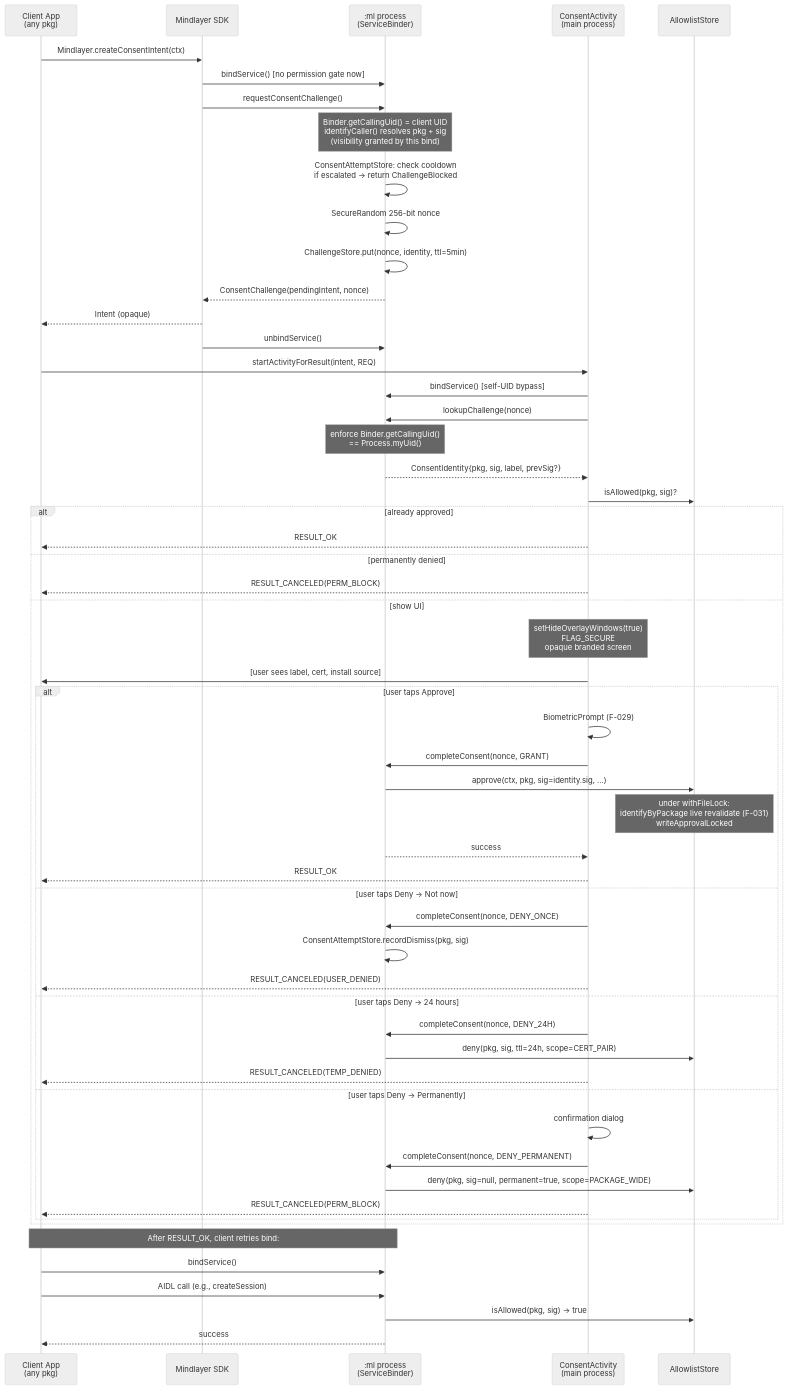
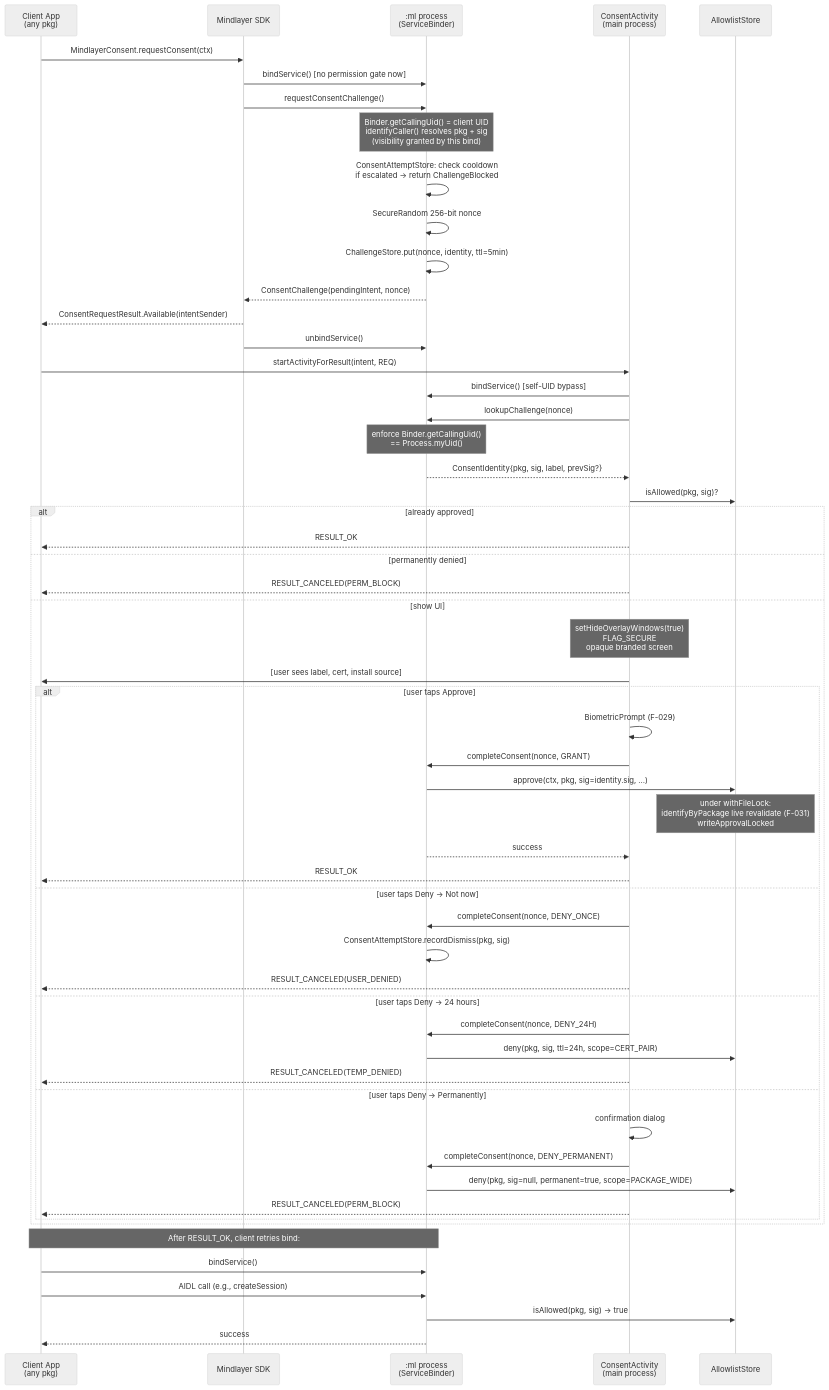
The diagram in docs/CONSENT_ARCHITECTURE.md (adsamcik/Mindlayer), drawn with Mermaid (neutral theme) before and after one commit. The commit also changed other lines of this file and 14 other files, not shown here.

````diff
--- a/docs/CONSENT_ARCHITECTURE.md
+++ b/docs/CONSENT_ARCHITECTURE.md
@@ -282,61 +295,61 @@
 ```mermaid
 sequenceDiagram
     participant Client as Client App<br/>(any pkg)
     participant SDK as Mindlayer SDK
     participant ML as :ml process<br/>(ServiceBinder)
     participant Activity as ConsentActivity<br/>(main process)
     participant Store as AllowlistStore
 
-    Client->>SDK: Mindlayer.createConsentIntent(ctx)
+    Client->>SDK: MindlayerConsent.requestConsent(ctx)
     SDK->>ML: bindService() [no permission gate now]
     SDK->>ML: requestConsentChallenge()
     Note over ML: Binder.getCallingUid() = client UID<br/>identifyCaller() resolves pkg + sig<br/>(visibility granted by this bind)
     ML->>ML: ConsentAttemptStore: check cooldown<br/>if escalated -> return ChallengeBlocked
     ML->>ML: SecureRandom 256-bit nonce
     ML->>ML: ChallengeStore.put(nonce, identity, ttl=5min)
     ML-->>SDK: ConsentChallenge(pendingIntent, nonce)
-    SDK-->>Client: Intent (opaque)
+    SDK-->>Client: ConsentRequestResult.Available(intentSender)
     SDK->>ML: unbindService()
 
     Client->>Activity: startActivityForResult(intent, REQ)
     Activity->>ML: bindService() [self-UID bypass]
     Activity->>ML: lookupChallenge(nonce)
     Note over ML: enforce Binder.getCallingUid()<br/>== Process.myUid()
     ML-->>Activity: ConsentIdentity{pkg, sig, label, prevSig?}
     Activity->>Store: isAllowed(pkg, sig)?
     alt already approved
         Activity-->>Client: RESULT_OK
     else permanently denied
         Activity-->>Client: RESULT_CANCELED(PERM_BLOCK)
     else show UI
         Note over Activity: setHideOverlayWindows(true)<br/>FLAG_SECURE<br/>opaque branded screen
         Activity->>Client: [user sees label, cert, install source]
         alt user taps Approve
             Activity->>Activity: BiometricPrompt (F-029)
             Activity->>ML: completeConsent(nonce, GRANT)
             ML->>Store: approve(ctx, pkg, sig=identity.sig, ...)
             Note over Store: under withFileLock:<br/>identifyByPackage live revalidate (F-031)<br/>writeApprovalLocked
             ML-->>Activity: success
             Activity-->>Client: RESULT_OK
         else user taps Deny → Not now
             Activity->>ML: completeConsent(nonce, DENY_ONCE)
             ML->>ML: ConsentAttemptStore.recordDismiss(pkg, sig)
             Activity-->>Client: RESULT_CANCELED(USER_DENIED)
         else user taps Deny → 24 hours
             Activity->>ML: completeConsent(nonce, DENY_24H)
             ML->>Store: deny(pkg, sig, ttl=24h, scope=CERT_PAIR)
             Activity-->>Client: RESULT_CANCELED(TEMP_DENIED)
         else user taps Deny → Permanently
             Activity->>Activity: confirmation dialog
             Activity->>ML: completeConsent(nonce, DENY_PERMANENT)
             ML->>Store: deny(pkg, sig=null, permanent=true, scope=PACKAGE_WIDE)
             Activity-->>Client: RESULT_CANCELED(PERM_BLOCK)
         end
     end
 
     Note over Client,ML: After RESULT_OK, client retries bind:
     Client->>ML: bindService()
     Client->>ML: AIDL call (e.g., createSession)
     ML->>Store: isAllowed(pkg, sig) → true
     ML-->>Client: success
 ```
````
